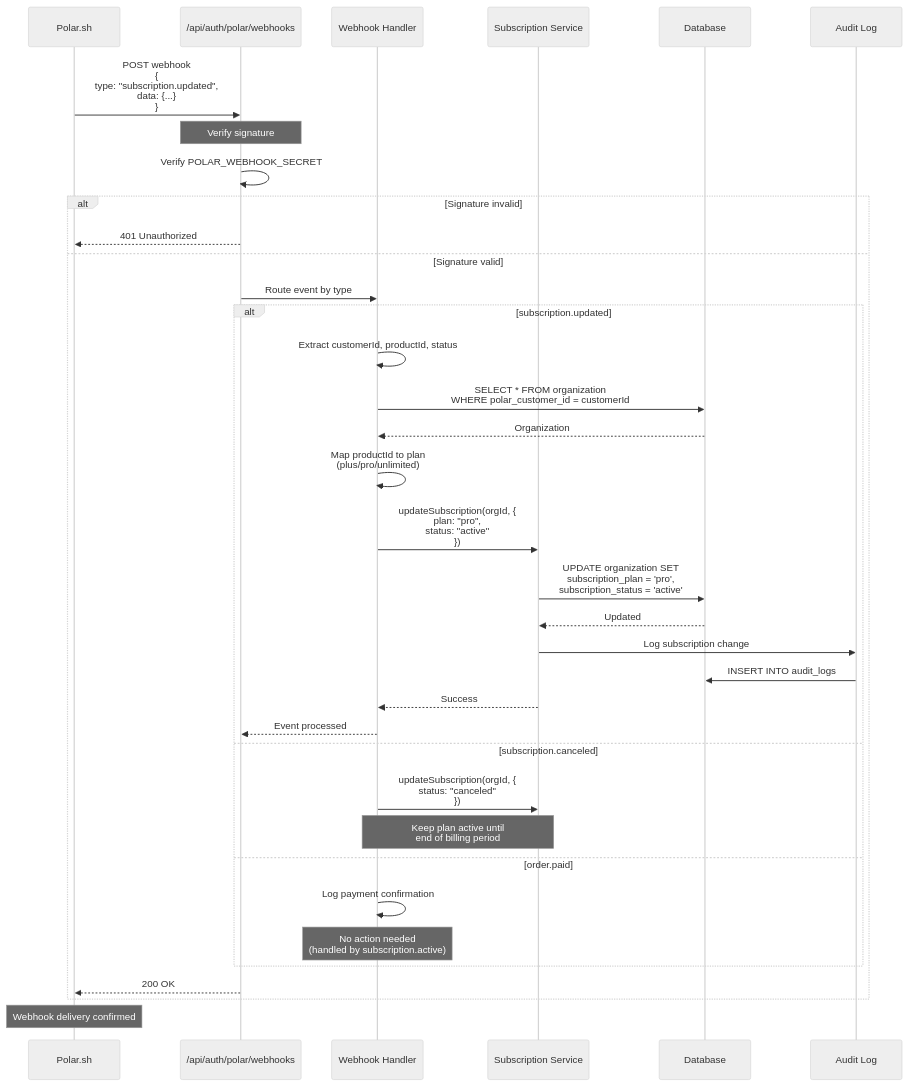
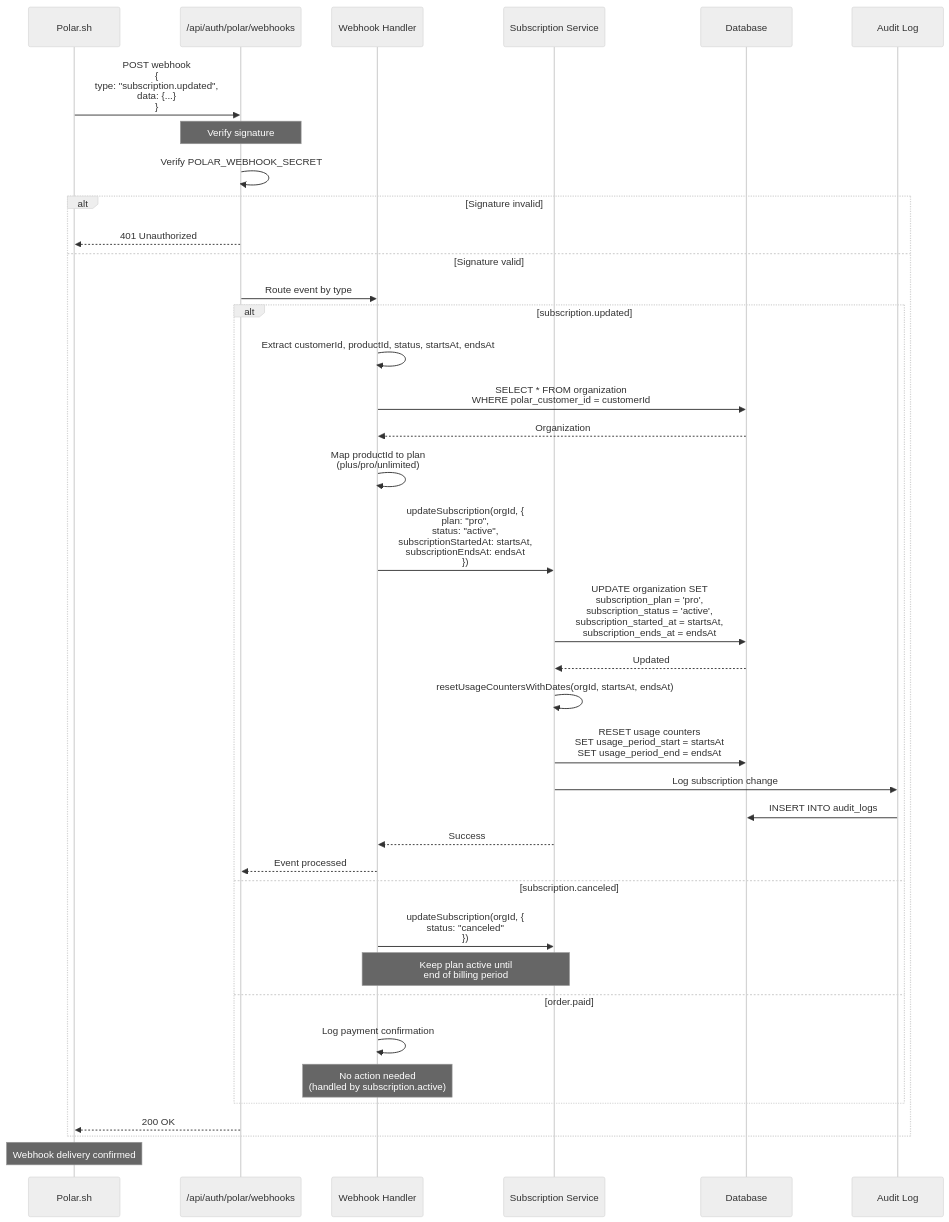
Before and after one commit to supercheck-io/supercheck: the sixth of 7 diagrams in specs/08-operations/POLAR_BILLING_INTEGRATION.md, drawn with Mermaid (neutral theme). The commit also changed other lines of this file and 36 other files, not shown here.

````diff
--- a/specs/08-operations/POLAR_BILLING_INTEGRATION.md
+++ b/specs/08-operations/POLAR_BILLING_INTEGRATION.md
@@ -521,52 +981,55 @@
 ```mermaid
 sequenceDiagram
     participant Polar as Polar.sh
     participant Webhook as /api/auth/polar/webhooks
     participant Handler as Webhook Handler
     participant SubService as Subscription Service
     participant DB as Database
     participant Audit as Audit Log
 
     Polar->>Webhook: POST webhook<br/>{<br/>  type: "subscription.updated",<br/>  data: {...}<br/>}
 
     Note over Webhook: Verify signature
 
     Webhook->>Webhook: Verify POLAR_WEBHOOK_SECRET
 
     alt Signature invalid
         Webhook-->>Polar: 401 Unauthorized
     else Signature valid
         Webhook->>Handler: Route event by type
 
         alt subscription.updated
-            Handler->>Handler: Extract customerId, productId, status
+            Handler->>Handler: Extract customerId, productId, status, startsAt, endsAt
             Handler->>DB: SELECT * FROM organization<br/>WHERE polar_customer_id = customerId
             DB-->>Handler: Organization
 
             Handler->>Handler: Map productId to plan<br/>(plus/pro/unlimited)
 
-            Handler->>SubService: updateSubscription(orgId, {<br/>  plan: "pro",<br/>  status: "active"<br/>})
+            Handler->>SubService: updateSubscription(orgId, {<br/>  plan: "pro",<br/>  status: "active",<br/>  subscriptionStartedAt: startsAt,<br/>  subscriptionEndsAt: endsAt<br/>})
 
-            SubService->>DB: UPDATE organization SET<br/>  subscription_plan = 'pro',<br/>  subscription_status = 'active'
+            SubService->>DB: UPDATE organization SET<br/>  subscription_plan = 'pro',<br/>  subscription_status = 'active',<br/>  subscription_started_at = startsAt,<br/>  subscription_ends_at = endsAt
             DB-->>SubService: Updated
+
+            SubService->>SubService: resetUsageCountersWithDates(orgId, startsAt, endsAt)
+            SubService->>DB: RESET usage counters<br/>SET usage_period_start = startsAt<br/>SET usage_period_end = endsAt
 
             SubService->>Audit: Log subscription change
             Audit->>DB: INSERT INTO audit_logs
 
             SubService-->>Handler: Success
             Handler-->>Webhook: Event processed
 
         else subscription.canceled
             Handler->>SubService: updateSubscription(orgId, {<br/>  status: "canceled"<br/>})
             Note over Handler,SubService: Keep plan active until<br/>end of billing period
 
         else order.paid
             Handler->>Handler: Log payment confirmation
             Note over Handler: No action needed<br/>(handled by subscription.active)
         end
 
         Webhook-->>Polar: 200 OK
     end
 
     Note over Polar: Webhook delivery confirmed
 ```
````
